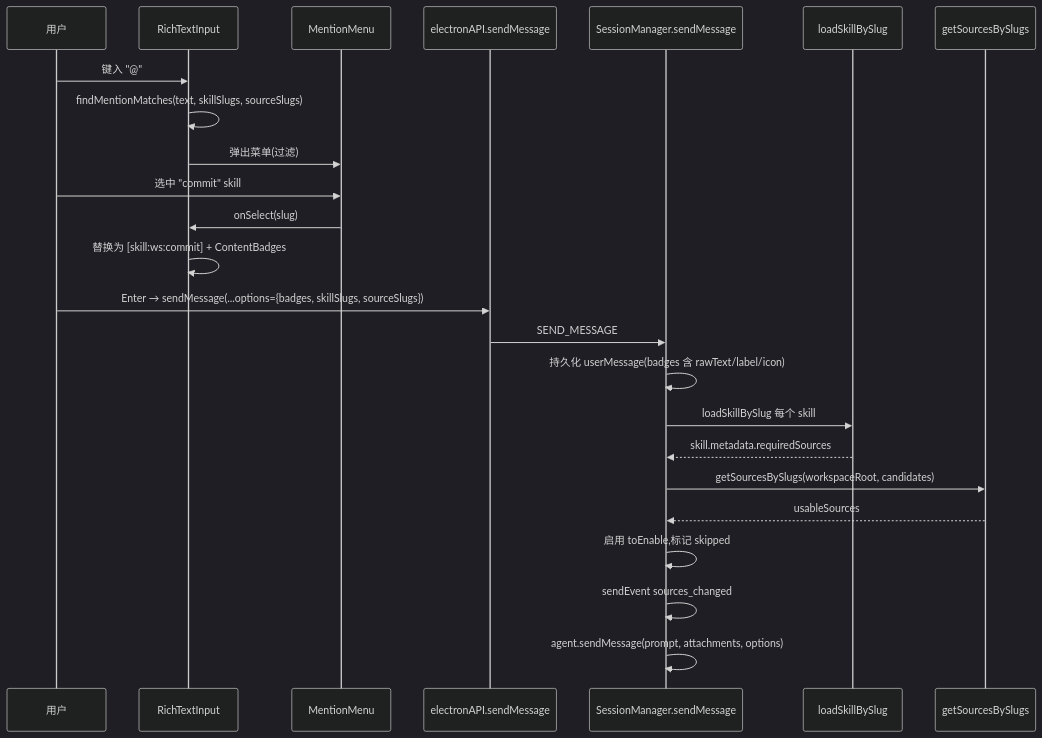
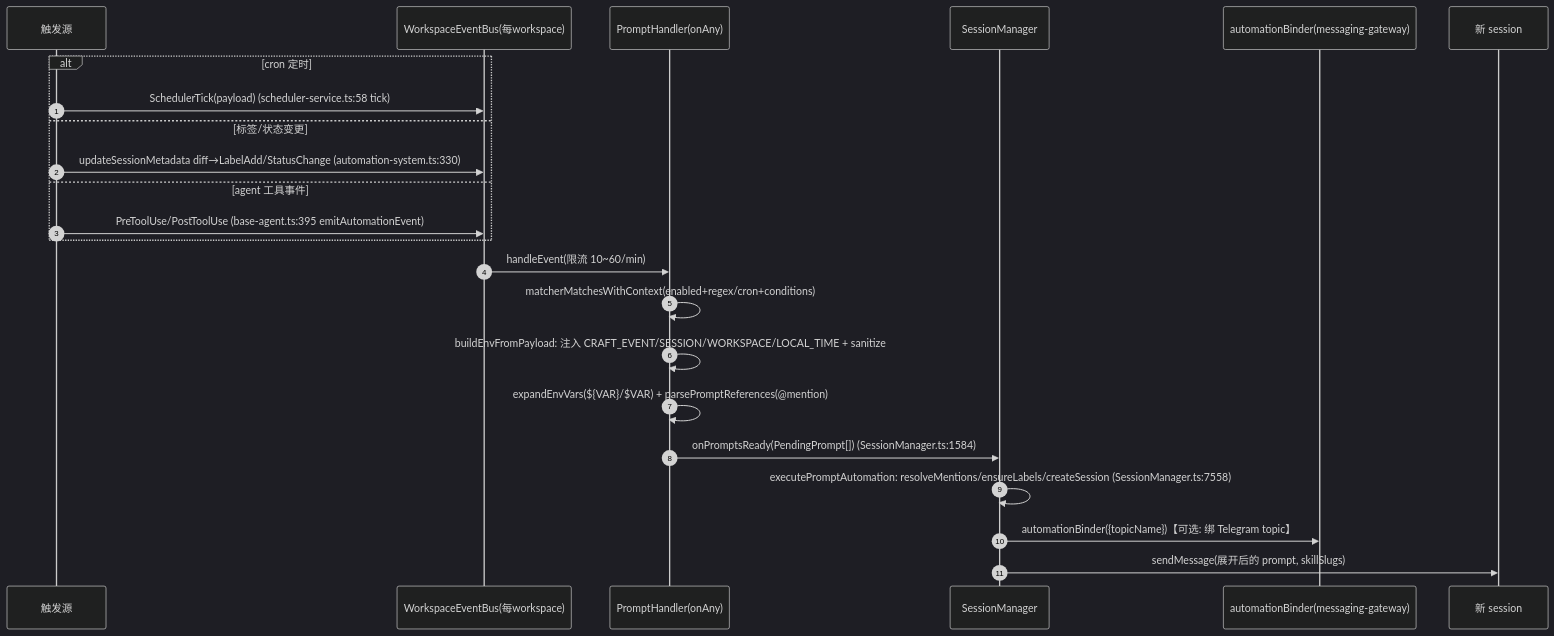
Before and after one commit to TTsWorld/craft-agents-oss: the sixth of 13 diagrams in docs/code-research/07_workflow.md, drawn with Mermaid (dark theme). The commit also changed other lines of this file and 13 other files, not shown here.

````diff
--- a/docs/code-research/07_workflow.md
+++ b/docs/code-research/07_workflow.md
@@ -186,27 +319,26 @@
 ```mermaid
 sequenceDiagram
-    participant U as 用户
-    participant R as RichTextInput
-    participant M as MentionMenu
-    participant API as electronAPI.sendMessage
-    participant SM as SessionManager.sendMessage
-    participant SK as loadSkillBySlug
-    participant SRC as getSourcesBySlugs
+    autonumber
+    participant Trig as 触发源
+    participant Bus as WorkspaceEventBus(每workspace)
+    participant PH as PromptHandler(onAny)
+    participant SM as SessionManager
+    participant Bind as automationBinder(messaging-gateway)
+    participant A as 新 session
 
-    U->>R: 键入 "@"
-    R->>R: findMentionMatches(text, skillSlugs, sourceSlugs)
-    R->>M: 弹出菜单(过滤)
-    U->>M: 选中 "commit" skill
-    M->>R: onSelect(slug)
-    R->>R: 替换为 [skill:ws:commit] + ContentBadges
-    U->>API: Enter → sendMessage(...options={badges, skillSlugs, sourceSlugs})
-    API->>SM: SEND_MESSAGE
-    SM->>SM: 持久化 userMessage(badges 含 rawText/label/icon)
-    SM->>SK: loadSkillBySlug 每个 skill
-    SK-->>SM: skill.metadata.requiredSources
-    SM->>SRC: getSourcesBySlugs(workspaceRoot, candidates)
-    SRC-->>SM: usableSources
-    SM->>SM: 启用 toEnable,标记 skipped
-    SM->>SM: sendEvent sources_changed
-    SM->>SM: agent.sendMessage(prompt, attachments, options)
+    alt cron 定时
+        Trig->>Bus: SchedulerTick(payload) (scheduler-service.ts:58 tick)
+    else 标签/状态变更
+        Trig->>Bus: updateSessionMetadata diff→LabelAdd/StatusChange (automation-system.ts:330)
+    else agent 工具事件
+        Trig->>Bus: PreToolUse/PostToolUse (base-agent.ts:395 emitAutomationEvent)
+    end
+    Bus->>PH: handleEvent(限流 10~60/min)
+    PH->>PH: matcherMatchesWithContext(enabled+regex/cron+conditions)
+    PH->>PH: buildEnvFromPayload: 注入 CRAFT_EVENT/SESSION/WORKSPACE/LOCAL_TIME + sanitize
+    PH->>PH: expandEnvVars(${VAR}/$VAR) + parsePromptReferences(@mention)
+    PH->>SM: onPromptsReady(PendingPrompt[]) (SessionManager.ts:1584)
+    SM->>SM: executePromptAutomation: resolveMentions/ensureLabels/createSession (SessionManager.ts:7558)
+    SM->>Bind: automationBinder({topicName})【可选: 绑 Telegram topic】
+    SM->>A: sendMessage(展开后的 prompt, skillSlugs)
 ```
````
